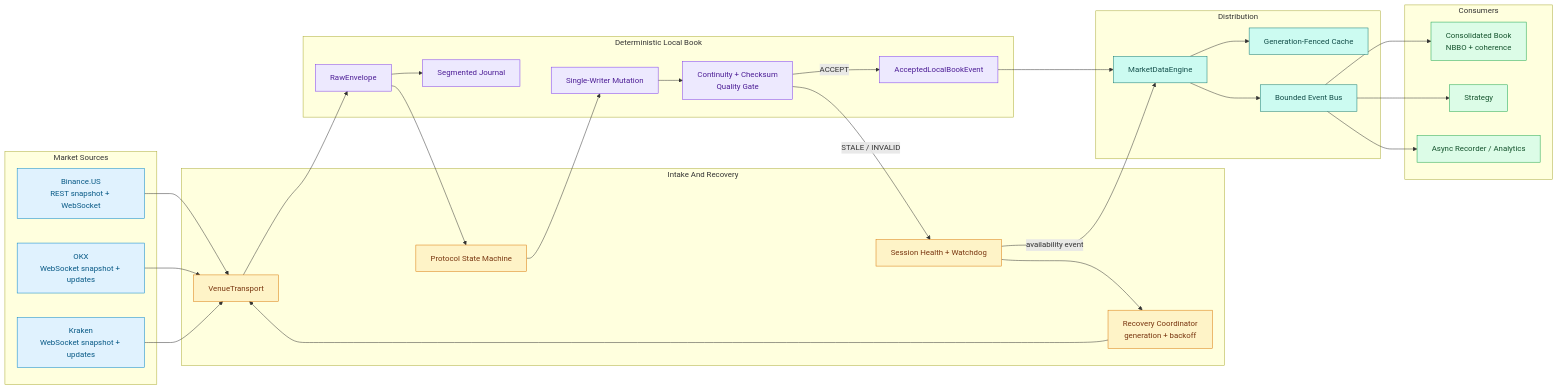
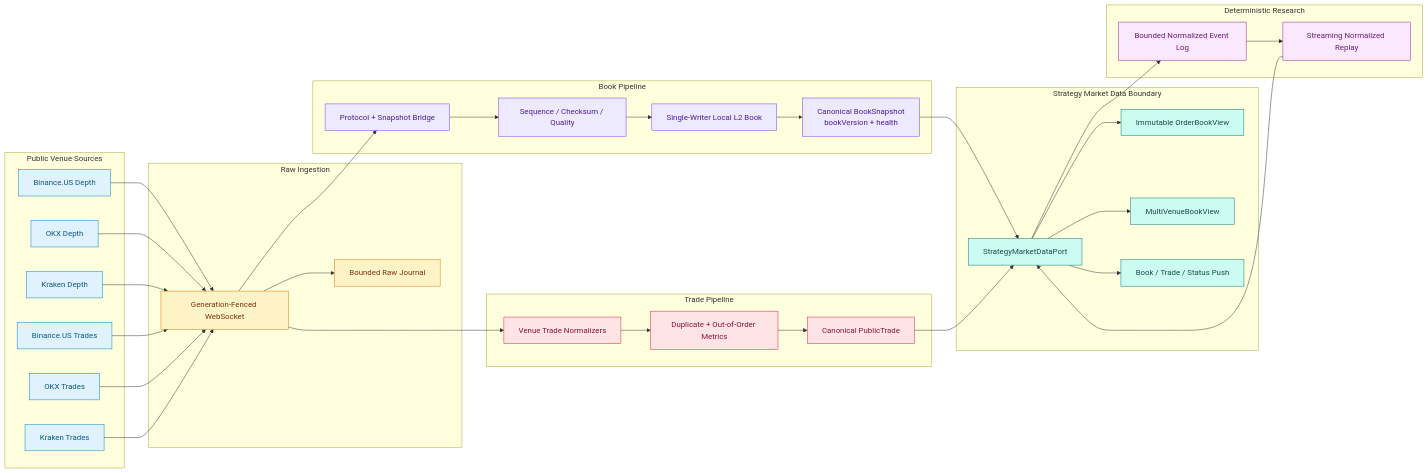
Before and after one commit to foolish318/crypto_ats: the diagram in diagram.md, drawn with Mermaid. The commit also changed other lines of this file and 90 other files, not shown here.

Commit message:
feat: add strategy-facing market data pipeline

````diff
--- a/diagram.md
+++ b/diagram.md
@@ -5,66 +5,77 @@
 ```mermaid
 flowchart LR
-  subgraph S[Market Sources]
-    B[Binance.US<br/>REST snapshot + WebSocket]
-    O[OKX<br/>WebSocket snapshot + updates]
-    K[Kraken<br/>WebSocket snapshot + updates]
+  subgraph S[Public Venue Sources]
+    BD[Binance.US Depth]
+    OD[OKX Depth]
+    KD[Kraken Depth]
+    BT[Binance.US Trades]
+    OT[OKX Trades]
+    KT[Kraken Trades]
   end
 
-  subgraph I[Intake And Recovery]
-    T[VenueTransport]
-    P[Protocol State Machine]
-    H[Session Health + Watchdog]
-    R[Recovery Coordinator<br/>generation + backoff]
+  subgraph R[Raw Ingestion]
+    W[Generation-Fenced WebSocket]
+    RJ[Bounded Raw Journal]
   end
 
-  subgraph L[Deterministic Local Book]
-    J[RawEnvelope]
-    Q[Segmented Journal]
-    M[Single-Writer Mutation]
-    G[Continuity + Checksum<br/>Quality Gate]
-    A[AcceptedLocalBookEvent]
+  subgraph B[Book Pipeline]
+    BP[Protocol + Snapshot Bridge]
+    V[Sequence / Checksum / Quality]
+    L[Single-Writer Local L2 Book]
+    BS[Canonical BookSnapshot<br/>bookVersion + health]
   end
 
-  subgraph D[Distribution]
-    E[MarketDataEngine]
-    C[Generation-Fenced Cache]
-    U[Bounded Event Bus]
+  subgraph T[Trade Pipeline]
+    TN[Venue Trade Normalizers]
+    TD[Duplicate + Out-of-Order Metrics]
+    PT[Canonical PublicTrade]
   end
 
-  subgraph X[Consumers]
-    V[Consolidated Book<br/>NBBO + coherence]
-    Y[Strategy]
-    Z[Async Recorder / Analytics]
+  subgraph P[Strategy Market Data Boundary]
+    MP[StrategyMarketDataPort]
+    OV[Immutable OrderBookView]
+    MV[MultiVenueBookView]
+    PN[Book / Trade / Status Push]
   end
 
-  B --> T
-  O --> T
-  K --> T
-  T --> J
-  J --> Q
-  J --> P
-  P --> M
-  H --> R
-  R --> T
-  M --> G
-  G -->|ACCEPT| A
-  G -->|STALE / INVALID| H
-  A --> E
-  E --> C
-  E --> U
-  U --> V
-  U --> Y
-  U --> Z
-  H -->|availability event| E
+  subgraph Q[Deterministic Research]
+    NJ[Bounded Normalized Event Log]
+    NR[Streaming Normalized Replay]
+  end
+
+  BD --> W
+  OD --> W
+  KD --> W
+  BT --> W
+  OT --> W
+  KT --> W
+  W --> RJ
+  W --> BP
+  BP --> V
+  V --> L
+  L --> BS
+  W --> TN
+  TN --> TD
+  TD --> PT
+  BS --> MP
+  PT --> MP
+  MP --> OV
+  MP --> MV
+  MP --> PN
+  MP --> NJ
+  NJ --> NR
+  NR --> MP
 
   classDef source fill:#e0f2fe,stroke:#0284c7,color:#075985
-  classDef intake fill:#fef3c7,stroke:#d97706,color:#78350f
+  classDef raw fill:#fef3c7,stroke:#d97706,color:#78350f
   classDef book fill:#ede9fe,stroke:#7c3aed,color:#4c1d95
-  classDef engine fill:#ccfbf1,stroke:#0f766e,color:#134e4a
-  classDef consumer fill:#dcfce7,stroke:#16a34a,color:#14532d
-  class B,O,K source
-  class T,P,H,R intake
-  class J,Q,M,G,A book
-  class E,C,U engine
-  class V,Y,Z consumer
+  classDef trade fill:#ffe4e6,stroke:#e11d48,color:#881337
+  classDef api fill:#ccfbf1,stroke:#0f766e,color:#134e4a
+  classDef replay fill:#fae8ff,stroke:#a21caf,color:#701a75
+  class BD,OD,KD,BT,OT,KT source
+  class W,RJ raw
+  class BP,V,L,BS book
+  class TN,TD,PT trade
+  class MP,OV,MV,PN api
+  class NJ,NR replay
 ```
````
